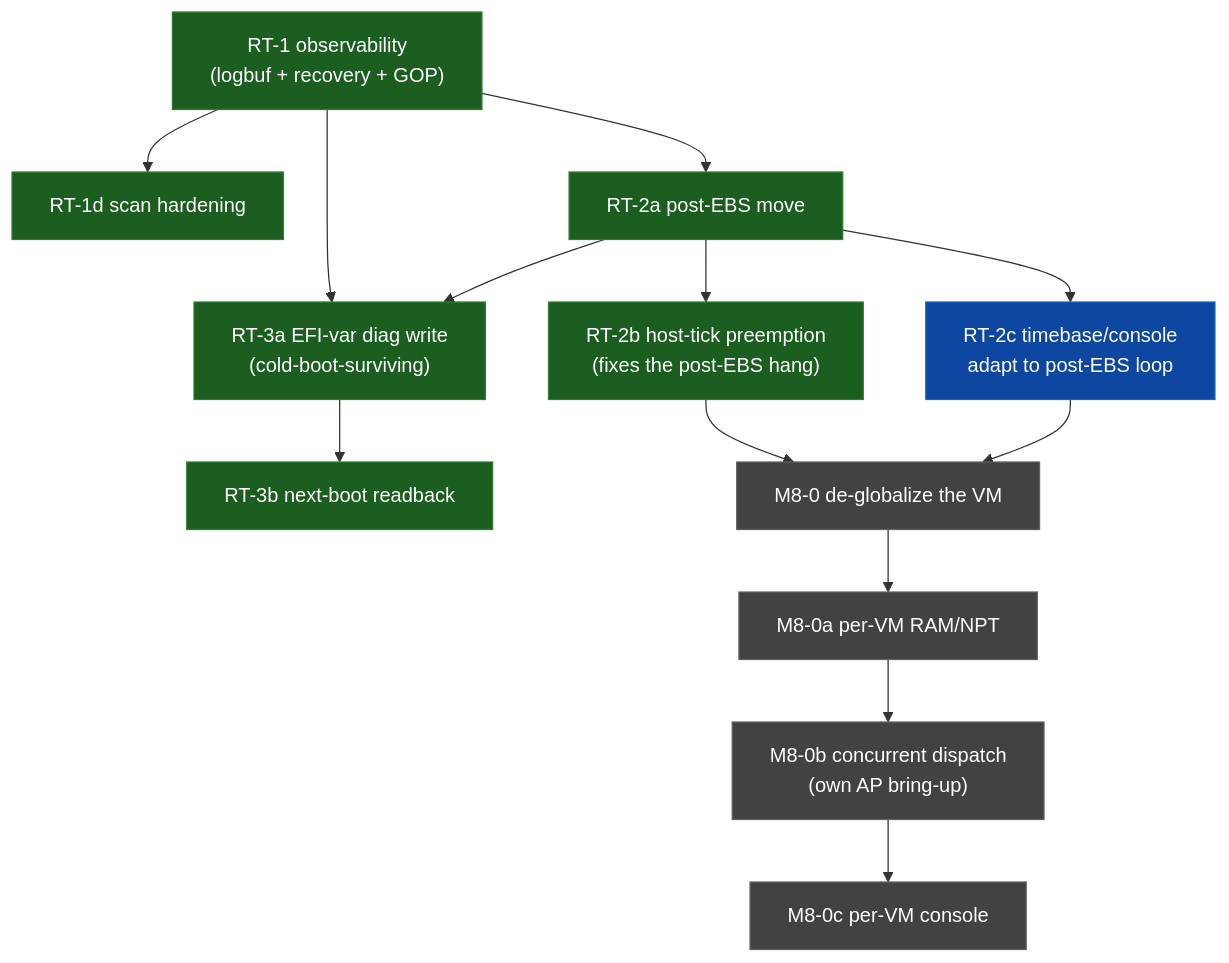
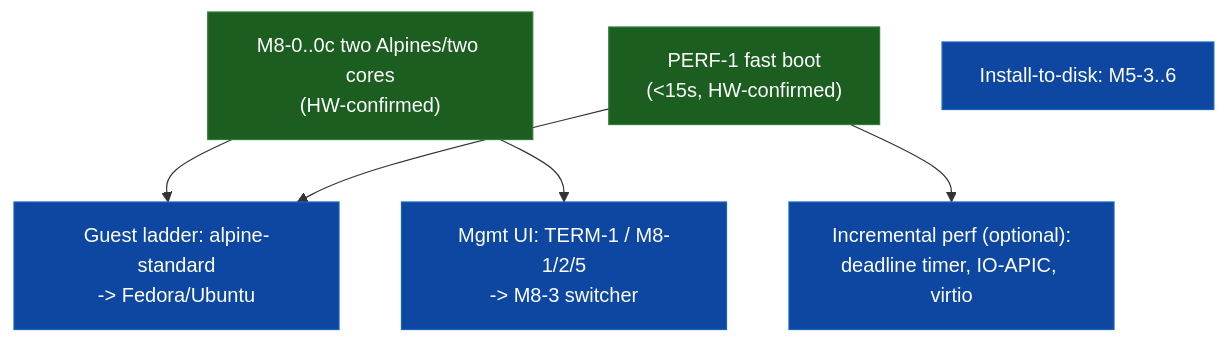
Before and after one commit to bizzehdee/hype: the diagram in task.md, drawn with Mermaid. The commit also changed other lines of this file, not shown here.

Commit message:
task.md: refresh status/frontier -- M8-0..0c (two Alpines/two cores) + PERF-1 done & HW-confirmed; new frontier = guest ladder / mgmt UI / install-to-disk

````diff
--- a/task.md
+++ b/task.md
@@ -32,30 +39,18 @@
 ```mermaid
 flowchart TD
-    RT1["RT-1 observability<br/>(logbuf + recovery + GOP)"]:::done
-    RT1d["RT-1d scan hardening"]:::done
-    RT2a["RT-2a post-EBS move"]:::done
-    RT2b["RT-2b host-tick preemption<br/>(fixes the post-EBS hang)"]:::done
-    RT2c["RT-2c timebase/console<br/>adapt to post-EBS loop"]:::ready
-    RT3a["RT-3a EFI-var diag write<br/>(cold-boot-surviving)"]:::done
-    RT3b["RT-3b next-boot readback"]:::done
-    M80["M8-0 de-globalize the VM"]:::blocked
-    M80a["M8-0a per-VM RAM/NPT"]:::blocked
-    M80b["M8-0b concurrent dispatch<br/>(own AP bring-up)"]:::blocked
-    M80c["M8-0c per-VM console"]:::blocked
+    M80["M8-0..0c two Alpines/two cores<br/>(HW-confirmed)"]:::done
+    PERF["PERF-1 fast boot<br/>(<15s, HW-confirmed)"]:::done
+    LADDER["Guest ladder: alpine-standard<br/>-> Fedora/Ubuntu"]:::ready
+    UI["Mgmt UI: TERM-1 / M8-1/2/5<br/>-> M8-3 switcher"]:::ready
+    INCR["Incremental perf (optional):<br/>deadline timer, IO-APIC, virtio"]:::ready
+    INSTALL["Install-to-disk: M5-3..6"]:::ready
 
-    RT1 --> RT1d
-    RT1 --> RT2a
-    RT2a --> RT2b
-    RT2a --> RT2c
-    RT1 --> RT3a
-    RT2a --> RT3a
-    RT3a --> RT3b
-    RT2b --> M80
-    RT2c --> M80
-    M80 --> M80a --> M80b --> M80c
+    M80 --> LADDER
+    M80 --> UI
+    PERF --> LADDER
+    PERF --> INCR
 
     classDef done fill:#1b5e20,stroke:#2e7d32,color:#fff;
-    classDef active fill:#e65100,stroke:#ef6c00,color:#fff;
     classDef ready fill:#0d47a1,stroke:#1565c0,color:#fff;
     classDef blocked fill:#424242,stroke:#616161,color:#fff;
 ```
````
